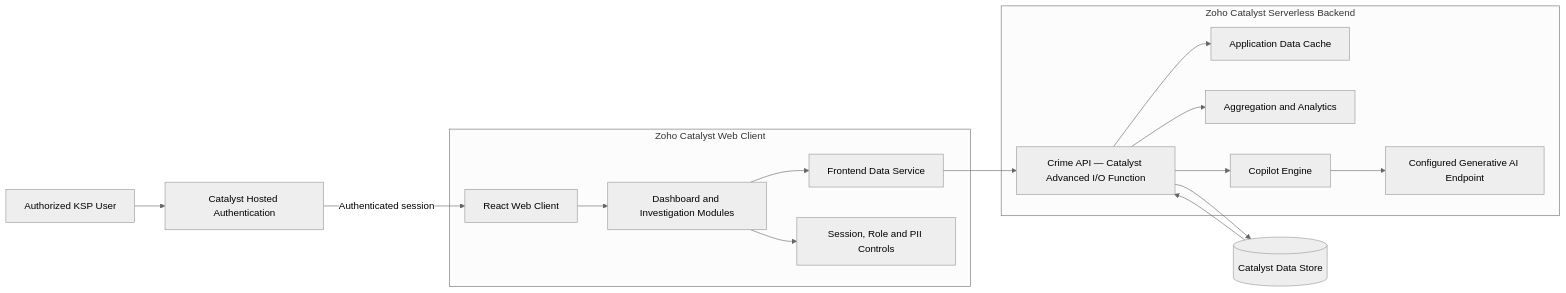
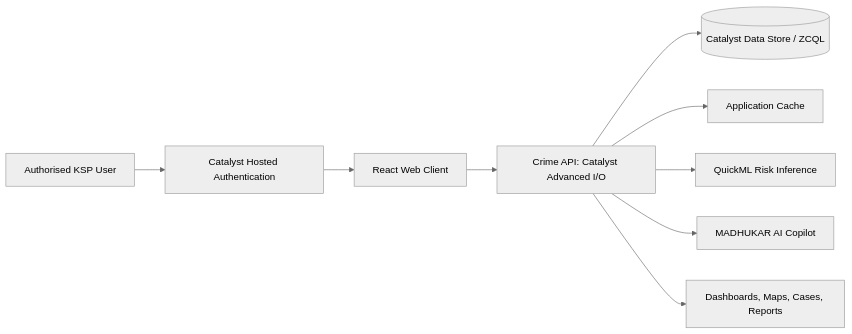
Before and after one commit to Kabilan2509/Crime_Analytics_Dashboard: the diagram in README.md, drawn with Mermaid (neutral theme). The commit also changed other lines of this file, not shown here.

````diff
--- a/README.md
+++ b/README.md
@@ -46,23 +37,11 @@
 ```mermaid
 flowchart LR
-    U[Authorized KSP User] --> A[Catalyst Hosted Authentication]
-    A -->|Authenticated session| C[React Web Client]
-
-    subgraph Client[Zoho Catalyst Web Client]
-        C --> UI[Dashboard and Investigation Modules]
-        UI --> DS[Frontend Data Service]
-        UI --> SEC[Session, Role and PII Controls]
-    end
-
-    DS --> API[Crime API — Catalyst Advanced I/O Function]
-
-    subgraph Backend[Zoho Catalyst Serverless Backend]
-        API --> CACHE[Application Data Cache]
-        API --> ANALYTICS[Aggregation and Analytics]
-        API --> COPILOT[Copilot Engine]
-        COPILOT --> GLM[Configured Generative AI Endpoint]
-    end
-
-    API --> STORE[(Catalyst Data Store)]
-    STORE --> API
+    U[Authorised KSP User] --> A[Catalyst Hosted Authentication]
+    A --> C[React Web Client]
+    C --> API[Crime API: Catalyst Advanced I/O]
+    API --> D[(Catalyst Data Store / ZCQL)]
+    API --> Cache[Application Cache]
+    API --> ML[QuickML Risk Inference]
+    API --> AI[MADHUKAR AI Copilot]
+    API --> R[Dashboards, Maps, Cases, Reports]
 ```
````
